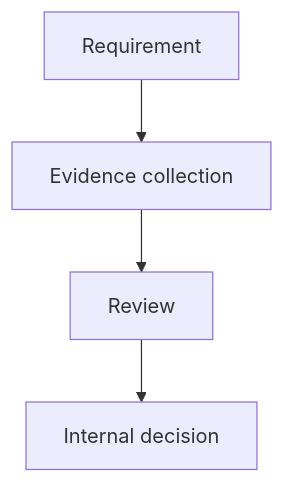
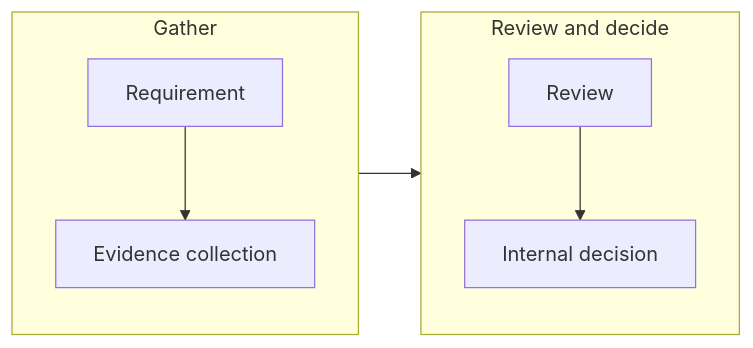
The diagram in src/content/docs/evidence/evidence-workflow.md (Linuscent/aura-help), drawn with Mermaid before and after one commit. The commit also changed 11 other files, not shown here.

Commit message:
docs: improve Mermaid workflow diagrams

````diff
--- a/src/content/docs/evidence/evidence-workflow.md
+++ b/src/content/docs/evidence/evidence-workflow.md
@@ -12,6 +12,13 @@
 ```mermaid
-flowchart TD
-    A[Requirement] --> B[Evidence collection]
-    B --> C[Review]
-    C --> D[Internal decision]
+flowchart LR
+    subgraph gather["Gather"]
+        direction TB
+        A[Requirement] --> B[Evidence collection]
+    end
+    subgraph decide["Review and decide"]
+        direction TB
+        C[Review] --> D[Internal decision]
+    end
+
+    gather --> decide
 ```
````
